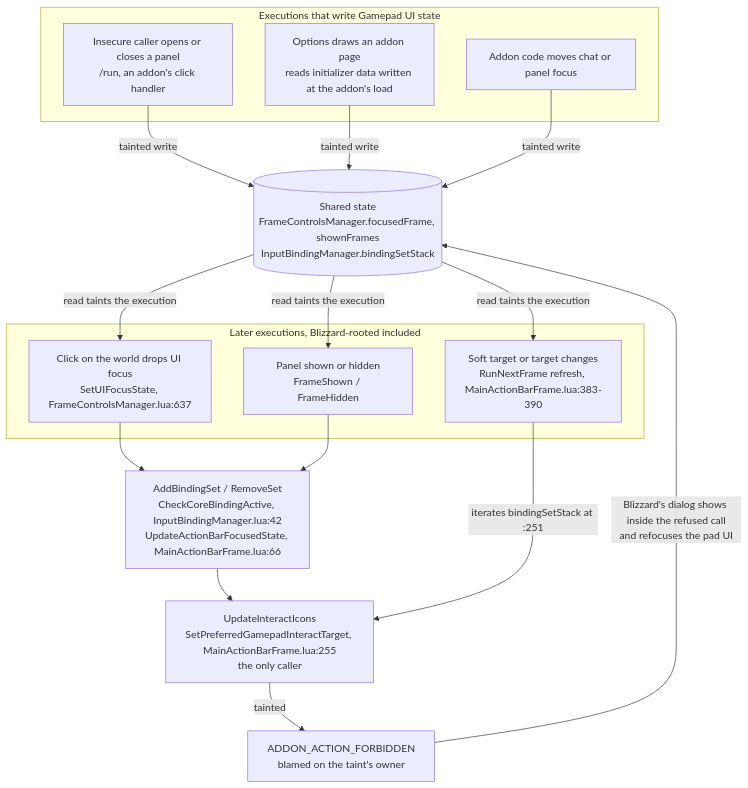
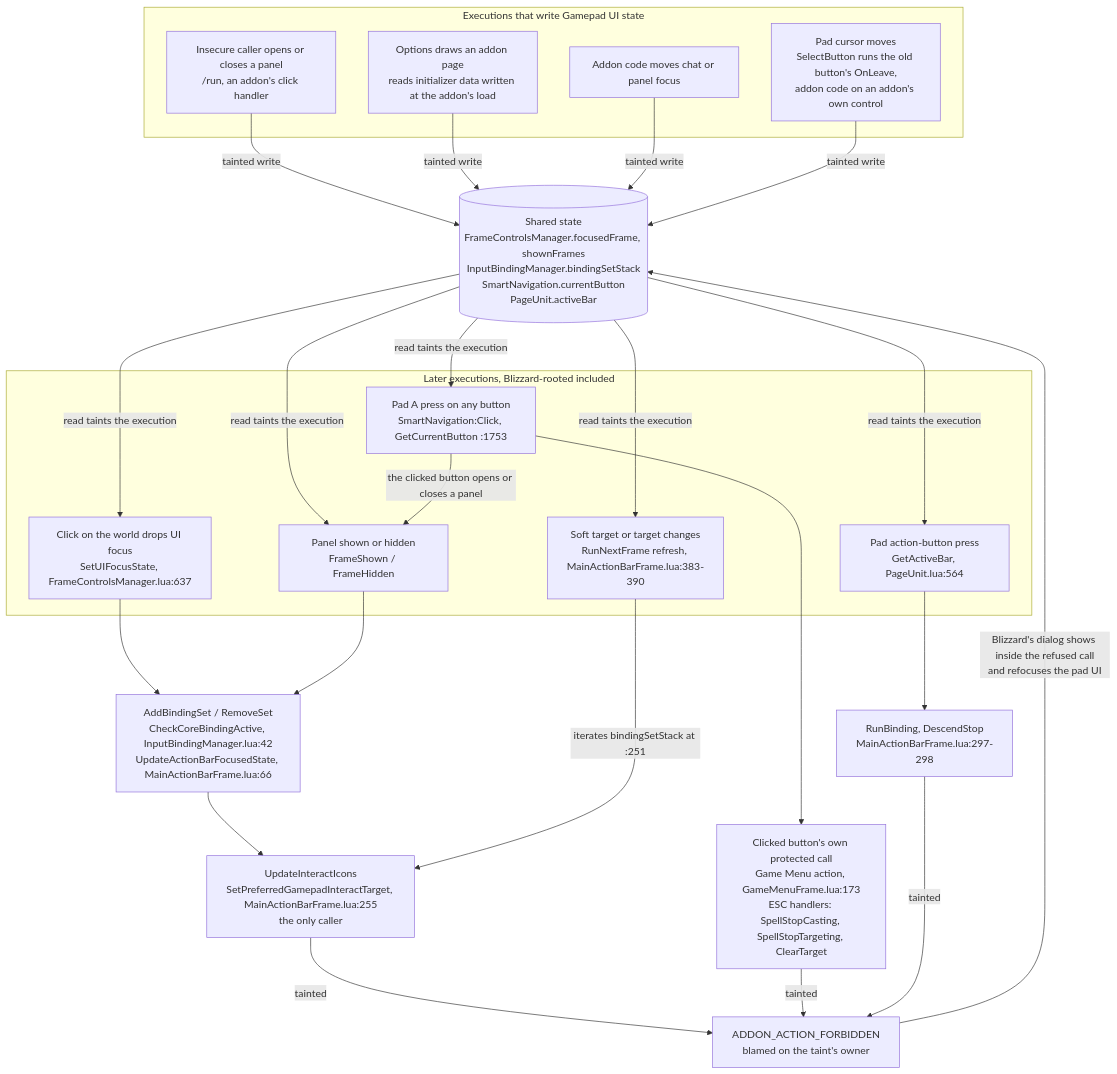
One commit to Percapio/PersonalAddon changed the first of 2 diagrams in Architecture/20261002-GAPBugs01.md. Above: the diagram before and after it, drawn with Mermaid. The commit also changed other lines of this file and 61 other files, not shown here.

````diff
--- a/Architecture/20261002-GAPBugs01.md
+++ b/Architecture/20261002-GAPBugs01.md
@@ -118,26 +136,37 @@
 ```mermaid
 flowchart TD
     subgraph Writers["Executions that write Gamepad UI state"]
         W1["Insecure caller opens or closes a panel<br/>/run, an addon's click handler"]
         W2["Options draws an addon page<br/>reads initializer data written at the addon's load"]
         W3["Addon code moves chat or panel focus"]
+        W4["Pad cursor moves<br/>SelectButton runs the old button's OnLeave,<br/>addon code on an addon's own control"]
     end
-    S[("Shared state<br/>FrameControlsManager.focusedFrame, shownFrames<br/>InputBindingManager.bindingSetStack")]
+    S[("Shared state<br/>FrameControlsManager.focusedFrame, shownFrames<br/>InputBindingManager.bindingSetStack<br/>SmartNavigation.currentButton<br/>PageUnit.activeBar")]
     W1 -->|tainted write| S
     W2 -->|tainted write| S
     W3 -->|tainted write| S
+    W4 -->|tainted write| S
     subgraph Readers["Later executions, Blizzard-rooted included"]
         R1["Click on the world drops UI focus<br/>SetUIFocusState, FrameControlsManager.lua:637"]
         R2["Panel shown or hidden<br/>FrameShown / FrameHidden"]
         R3["Soft target or target changes<br/>RunNextFrame refresh, MainActionBarFrame.lua:383-390"]
+        R4["Pad A press on any button<br/>SmartNavigation:Click, GetCurrentButton :1753"]
+        R5["Pad action-button press<br/>GetActiveBar, PageUnit.lua:564"]
     end
     S -->|read taints the execution| R1
     S -->|read taints the execution| R2
     S -->|read taints the execution| R3
+    S -->|read taints the execution| R4
+    S -->|read taints the execution| R5
     R1 --> L["AddBindingSet / RemoveSet<br/>CheckCoreBindingActive, InputBindingManager.lua:42<br/>UpdateActionBarFocusedState, MainActionBarFrame.lua:66"]
     R2 --> L
+    R4 -->|"the clicked button opens or closes a panel"| R2
+    R4 --> G["Clicked button's own protected call<br/>Game Menu action, GameMenuFrame.lua:173<br/>ESC handlers: SpellStopCasting, SpellStopTargeting, ClearTarget"]
+    R5 --> J["RunBinding, DescendStop<br/>MainActionBarFrame.lua:297-298"]
     L --> K["UpdateInteractIcons<br/>SetPreferredGamepadInteractTarget, MainActionBarFrame.lua:255<br/>the only caller"]
     R3 -->|"iterates bindingSetStack at :251"| K
     K -->|tainted| F["ADDON_ACTION_FORBIDDEN<br/>blamed on the taint's owner"]
+    G -->|tainted| F
+    J -->|tainted| F
     F -->|"Blizzard's dialog shows inside the refused call<br/>and refocuses the pad UI"| S
 ```
````
